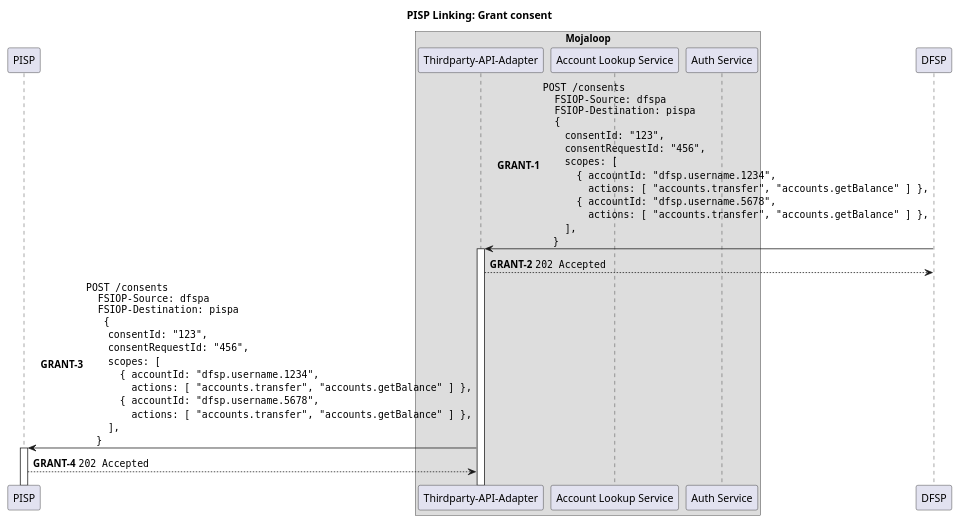
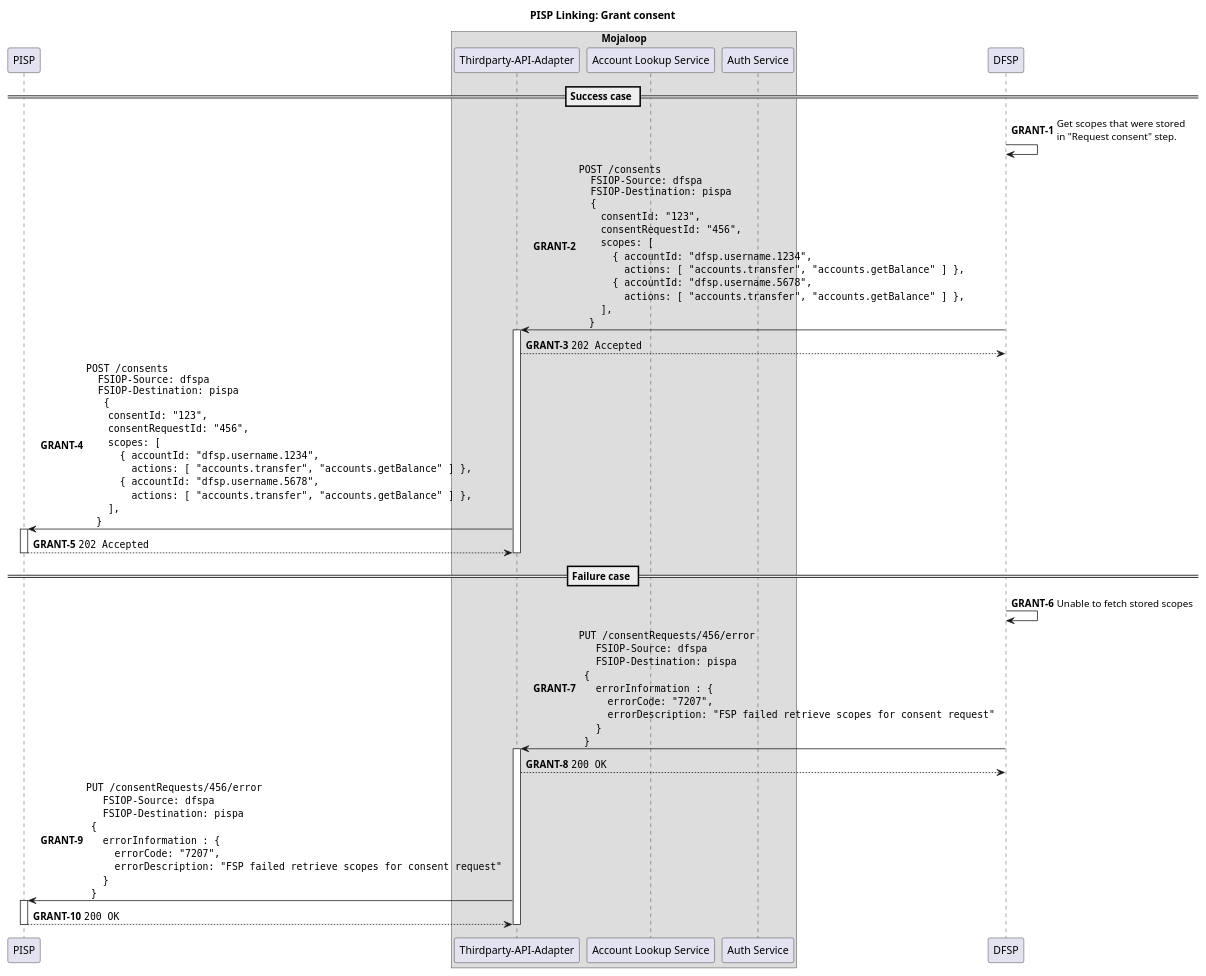
The diagram in docs/linking/4-grant-consent.puml (mojaloop/pisp-project), drawn with PlantUML before and after one commit. The commit also changed 3 other files, not shown here.

Commit message:
doc: update authentication and grant consent diagram

```diff
--- a/docs/linking/4-grant-consent.puml
+++ b/docs/linking/4-grant-consent.puml
@@ -1,51 +1,86 @@
 @startuml
 
 !pragma teoz true
 
 title PISP Linking: Grant consent
 
 participant "PISP" as PISP
 
 box "Mojaloop"
     participant "Thirdparty-API-Adapter" as Switch
     participant "Account Lookup Service" as ALS
     participant "Auth Service" as Auth
 end box
 
 participant "DFSP" as DFSP
 
 autonumber 1 "<b>GRANT-#</b>"
+
+== Success case ==
+
+DFSP -> DFSP: Get scopes that were stored\nin "Request consent" step.
 
 DFSP -> Switch ++: ""POST /consents""\n\
 ""  FSIOP-Source: dfspa""\n\
 ""  FSIOP-Destination: pispa""\n\
 ""  {""\n\
     ""  consentId: "123",""\n\
     ""  consentRequestId: "456",""\n\
     ""  scopes: [ ""\n\
     ""    { accountId: "dfsp.username.1234",""\n\
     ""      actions: [ "accounts.transfer", "accounts.getBalance" ] },""\n\
     ""    { accountId: "dfsp.username.5678",""\n\
     ""      actions: [ "accounts.transfer", "accounts.getBalance" ] },""\n\
     ""  ],""\n\
     ""}""
 Switch --> DFSP: ""202 Accepted""
 deactivate DFSP
 
 Switch -> PISP ++: ""POST /consents""\n\
 ""  FSIOP-Source: dfspa""\n\
 ""  FSIOP-Destination: pispa""\n\
 ""   {""\n\
     ""  consentId: "123",""\n\
     ""  consentRequestId: "456",""\n\
     ""  scopes: [ ""\n\
     ""    { accountId: "dfsp.username.1234",""\n\
     ""      actions: [ "accounts.transfer", "accounts.getBalance" ] },""\n\
     ""    { accountId: "dfsp.username.5678",""\n\
     ""      actions: [ "accounts.transfer", "accounts.getBalance" ] },""\n\
     ""  ],""\n\
     ""}""
 
 PISP --> Switch: ""202 Accepted""
+deactivate Switch
+deactivate PISP
+
+== Failure case ==
+
+DFSP -> DFSP: Unable to fetch stored scopes
+
+DFSP -> Switch ++: ""PUT /consentRequests/456/error""\n\
+  ""  FSIOP-Source: dfspa""\n\
+  ""  FSIOP-Destination: pispa""\n\
+  ""{""\n\
+  ""  errorInformation : { ""\n\
+  ""    errorCode: "7207", ""\n\
+  ""    errorDescription: "FSP failed retrieve scopes for consent request" ""\n\
+  ""  } ""\n\
+  ""}""
+Switch --> DFSP: ""200 OK""
+deactivate DFSP
+
+Switch -> PISP ++: ""PUT /consentRequests/456/error""\n\
+  ""  FSIOP-Source: dfspa""\n\
+  ""  FSIOP-Destination: pispa""\n\
+  ""{""\n\
+  ""  errorInformation : { ""\n\
+  ""    errorCode: "7207", ""\n\
+  ""    errorDescription: "FSP failed retrieve scopes for consent request" ""\n\
+  ""  } ""\n\
+  ""}""
+PISP --> Switch: ""200 OK""
+deactivate Switch
+deactivate PISP
 
 @enduml
```
